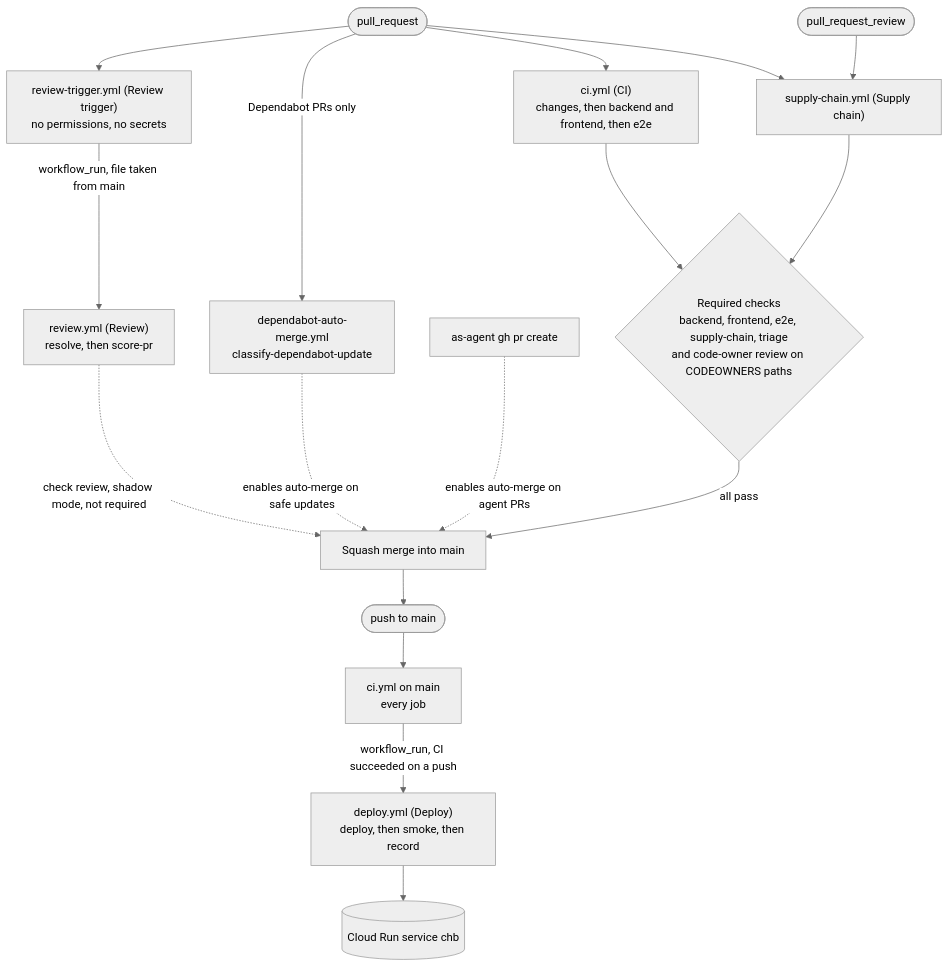
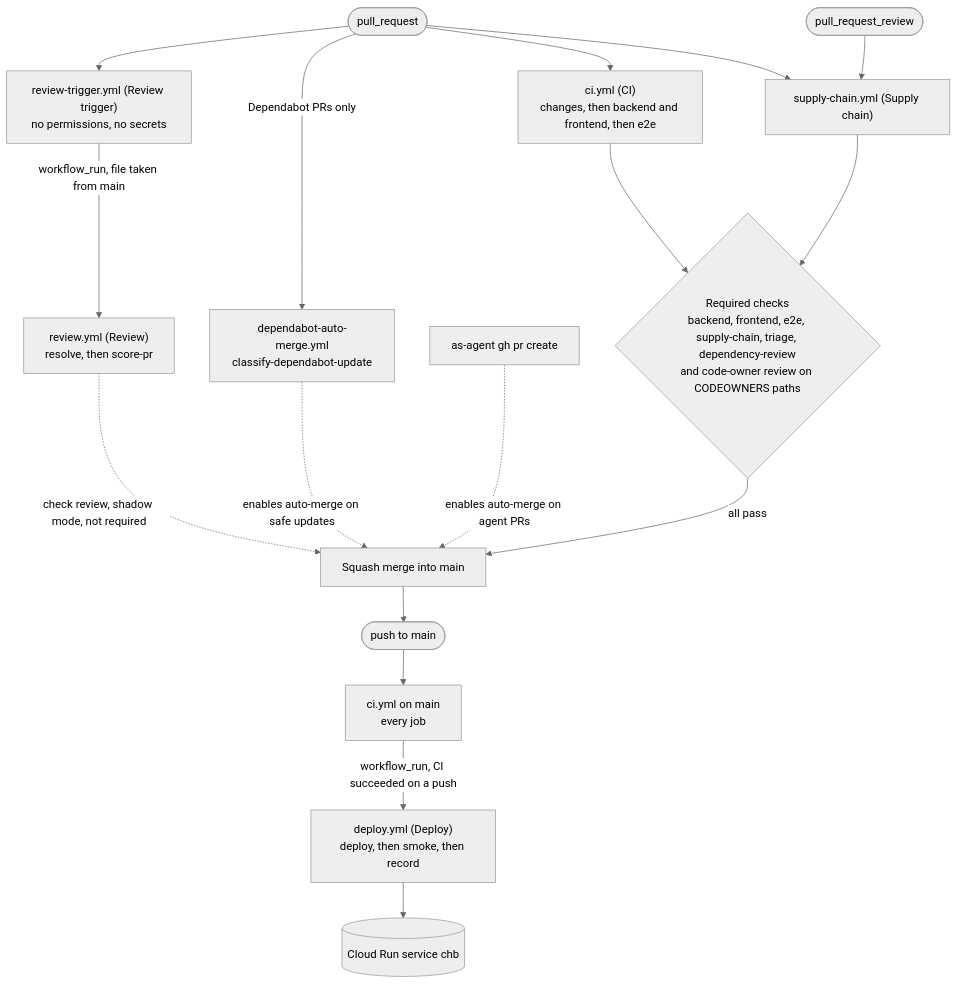
One commit to islomar/corporate-hotel-booking-software-factory changed the diagram in docs/process/delivery-pipeline.md. Above: the diagram before and after it, drawn with Mermaid (neutral theme). The commit also changed other lines of this file and 7 other files, not shown here.

First line of the commit message:
CHB-214: dependency-review becomes a required check on main (#162)

````diff
--- a/docs/process/delivery-pipeline.md
+++ b/docs/process/delivery-pipeline.md
@@ -19,35 +19,35 @@
 ```mermaid
 flowchart TD
     pr(["pull_request"])
     prr(["pull_request_review"])
     push(["push to main"])
 
     ci["ci.yml (CI)<br/>changes, then backend and frontend, then e2e"]
     rt["review-trigger.yml (Review trigger)<br/>no permissions, no secrets"]
     rv["review.yml (Review)<br/>resolve, then score-pr"]
     sc["supply-chain.yml (Supply chain)"]
     dam["dependabot-auto-merge.yml<br/>classify-dependabot-update"]
-    gate{"Required checks<br/>backend, frontend, e2e, supply-chain, triage<br/>and code-owner review on CODEOWNERS paths"}
+    gate{"Required checks<br/>backend, frontend, e2e, supply-chain, triage, dependency-review<br/>and code-owner review on CODEOWNERS paths"}
     asagent["as-agent gh pr create"]
     merge["Squash merge into main"]
     cimain["ci.yml on main<br/>every job"]
     deploy["deploy.yml (Deploy)<br/>deploy, then smoke, then record"]
     run[("Cloud Run service chb")]
 
     pr --> ci
     pr --> rt
     pr --> sc
     prr --> sc
     pr -- "Dependabot PRs only" --> dam
     rt -- "workflow_run, file taken from main" --> rv
     rv -. "check review, shadow mode, not required" .-> merge
     dam -. "enables auto-merge on safe updates" .-> merge
     asagent -. "enables auto-merge on agent PRs" .-> merge
     ci --> gate
     sc --> gate
     gate -- "all pass" --> merge
     merge --> push
     push --> cimain
     cimain -- "workflow_run, CI succeeded on a push" --> deploy
     deploy --> run
 ```
````
